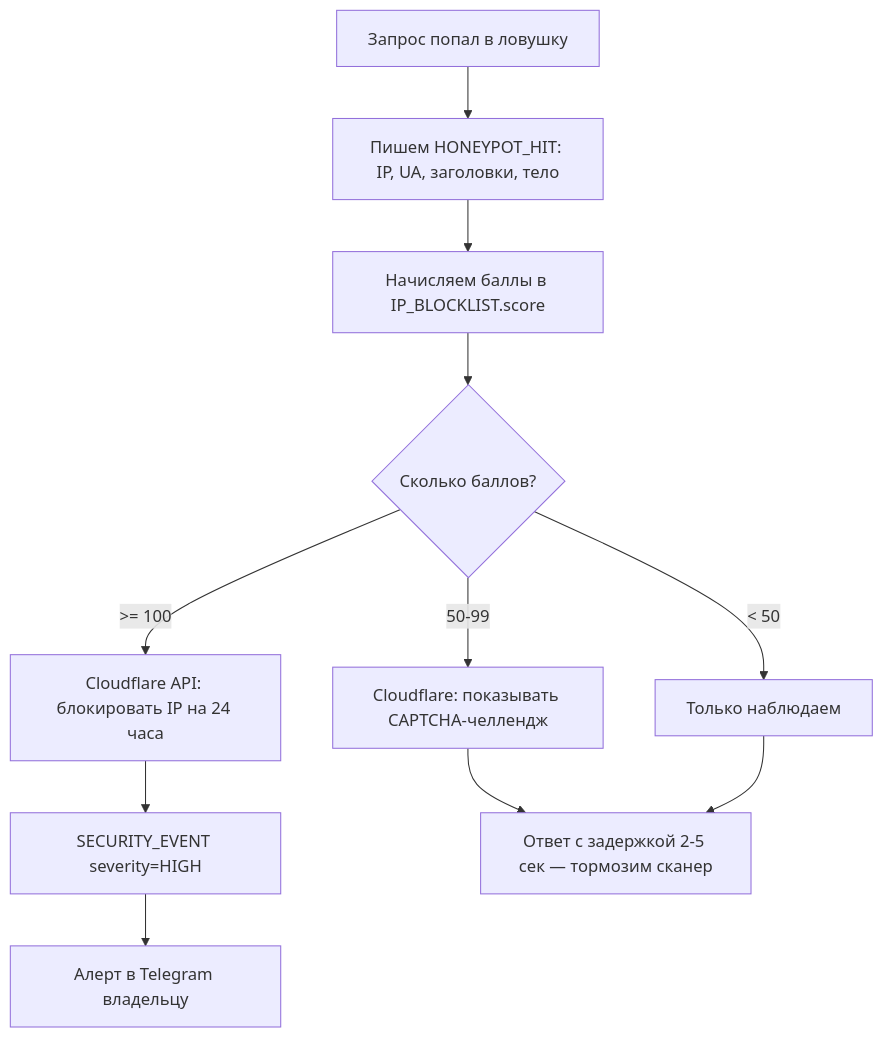
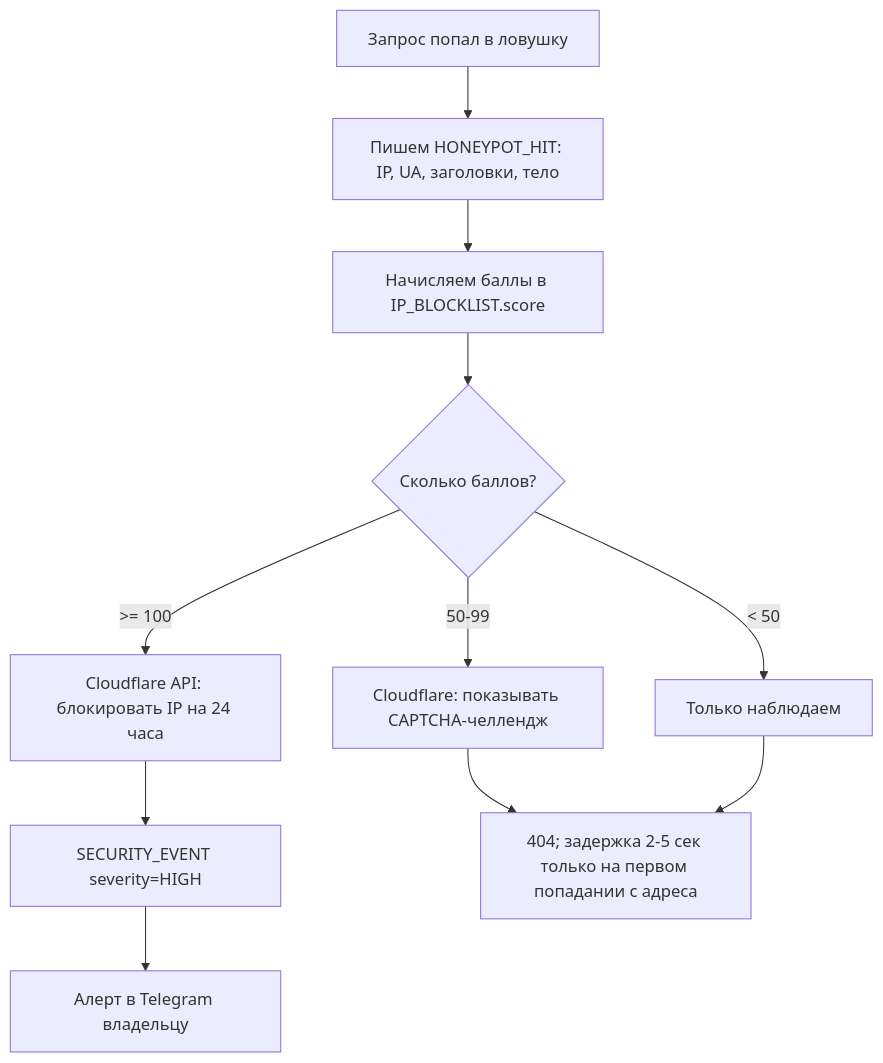
One commit to YafremauAliaksei/efremova.online changed the diagram in docs/03-security-policy.md. Above: the diagram before and after it, drawn with Mermaid. The commit also changed other lines of this file and 14 other files, not shown here.

````diff
--- a/docs/03-security-policy.md
+++ b/docs/03-security-policy.md
@@ -161,13 +161,13 @@
 ```mermaid
 flowchart TD
     A[Запрос попал в ловушку] --> B[Пишем HONEYPOT_HIT: IP, UA, заголовки, тело]
     B --> C[Начисляем баллы в IP_BLOCKLIST.score]
     C --> D{Сколько баллов?}
     D -->|< 50| E[Только наблюдаем]
     D -->|50-99| F[Cloudflare: показывать CAPTCHA-челлендж]
     D -->|>= 100| G[Cloudflare API: блокировать IP на 24 часа]
     G --> H[SECURITY_EVENT severity=HIGH]
     H --> I[Алерт в Telegram владельцу]
-    F --> J[Ответ с задержкой 2-5 сек — тормозим сканер]
+    F --> J[404; задержка 2-5 сек только на первом попадании с адреса]
     E --> J
 ```
````
